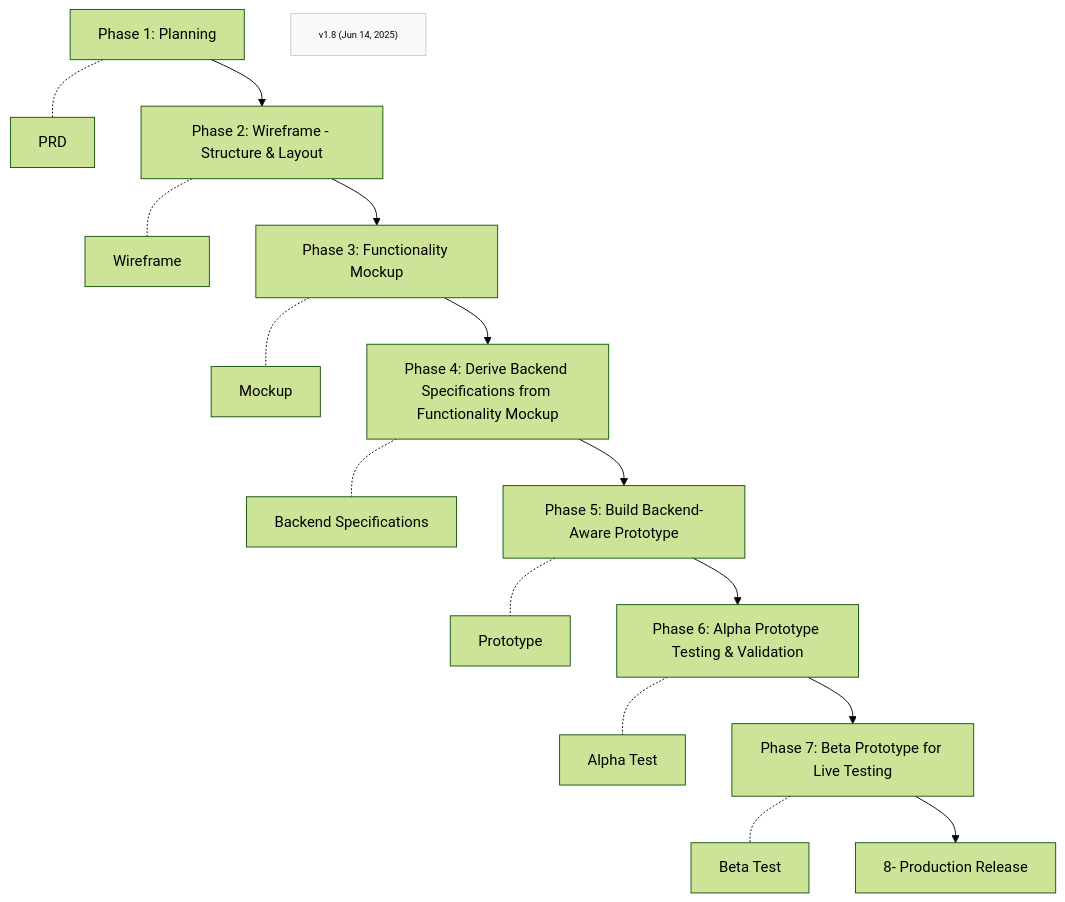
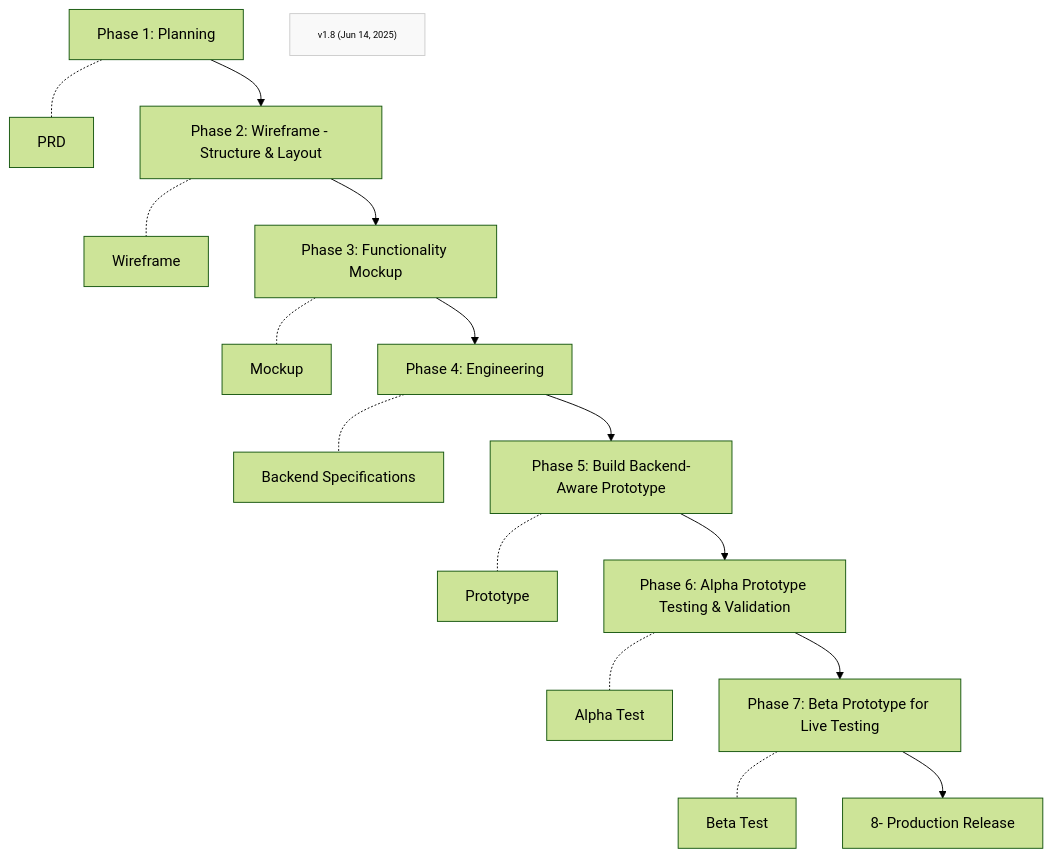
One commit to Mharbulous/Front-First-Method changed the first of 2 diagrams in Phases/FF-overview.md. Above: the diagram before and after it, drawn with Mermaid (forest theme).

````diff
--- a/Phases/FF-overview.md
+++ b/Phases/FF-overview.md
@@ -1,27 +1,27 @@
 ```mermaid
 graph TD
     
     Phase1["Phase 1: Planning"] -.- PRD["PRD"]
     Phase1 --> Phase2["Phase 2: Wireframe - Structure & Layout"]
     Phase2 -.- Wireframe["Wireframe"]
     Phase2 --> Phase3["Phase 3: Functionality Mockup"]
     Phase3 -.- Mockup["Mockup"]
-    Phase3 --> Phase4["Phase 4: Derive Backend Specifications from Functionality Mockup"]
+    Phase3 --> Phase4["Phase 4: Engineering"]
     Phase4 -.- Specs["Backend Specifications"]
     Phase4 --> Phase5["Phase 5: Build Backend-Aware Prototype"]
     Phase5 -.- Prototype["Prototype"]
     Phase5 --> Phase6["Phase 6: Alpha Prototype Testing & Validation"]    
     
     Phase6 -.- Alpha["Alpha Test"]
 
     Phase6 --> Phase7["Phase 7: Beta Prototype for Live Testing"]    
     Phase7 -.- Beta["Beta Test"]  
     Phase7 --> Production["8- Production Release"]
 
     
     
 
     VersionInfo["v1.8 (Jun 14, 2025)"]
     classDef version fill:#f9f9f9,stroke:#ccc,font-size:10px;
     class VersionInfo version
 ```
````
